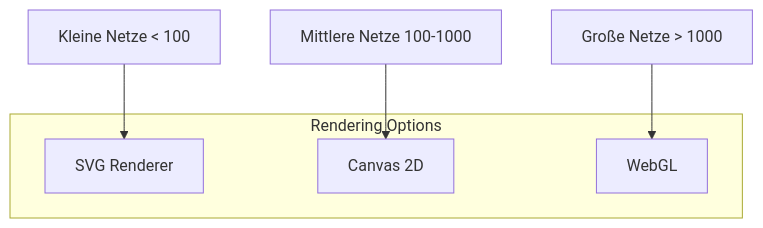
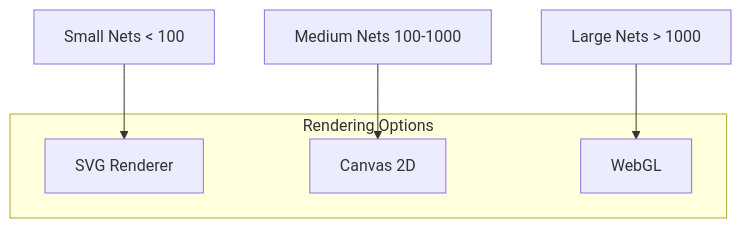
The fifth of 6 diagrams in docs/migration/01-petri-net-editor.md (woped/woped-next), drawn with Mermaid before and after one commit. The commit also changed other lines of this file and 24 other files, not shown here.

````diff
--- a/docs/migration/01-petri-net-editor.md
+++ b/docs/migration/01-petri-net-editor.md
@@ -174,12 +174,12 @@
 ```mermaid
 graph TD
     subgraph Rendering Options
         SVG[SVG Renderer]
         CANVAS[Canvas 2D]
         WEBGL[WebGL]
     end
     
-    SMALL[Kleine Netze < 100] --> SVG
-    MEDIUM[Mittlere Netze 100-1000] --> CANVAS
-    LARGE[Große Netze > 1000] --> WEBGL
+    SMALL[Small Nets < 100] --> SVG
+    MEDIUM[Medium Nets 100-1000] --> CANVAS
+    LARGE[Large Nets > 1000] --> WEBGL
 ```
````
